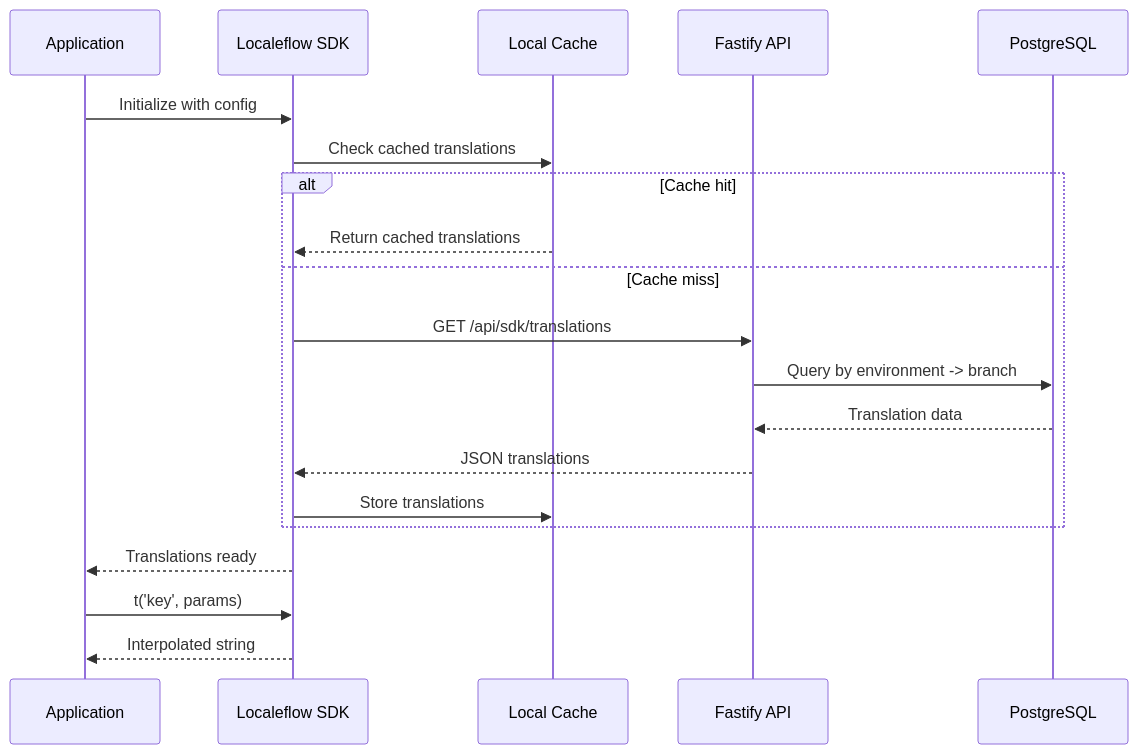
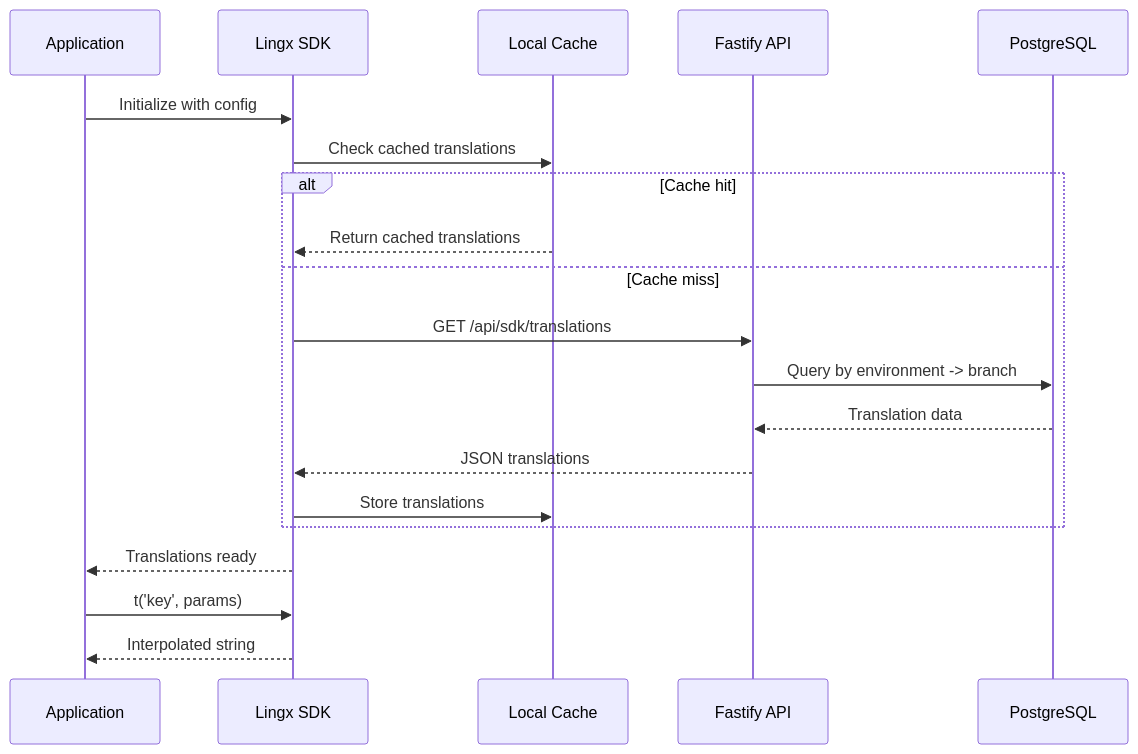
One commit to VinniZP/lingx changed the second of 8 diagrams in docs/design/DESIGN.md. Above: the diagram before and after it, drawn with Mermaid. The commit also changed other lines of this file and 322 other files, not shown here.

````diff
--- a/docs/design/DESIGN.md
+++ b/docs/design/DESIGN.md
@@ -328,23 +328,23 @@
 ```mermaid
 sequenceDiagram
     participant App as Application
-    participant SDK as Localeflow SDK
+    participant SDK as Lingx SDK
     participant Cache as Local Cache
     participant API as Fastify API
     participant DB as PostgreSQL
 
     App->>SDK: Initialize with config
     SDK->>Cache: Check cached translations
     alt Cache hit
         Cache-->>SDK: Return cached translations
     else Cache miss
         SDK->>API: GET /api/sdk/translations
         API->>DB: Query by environment -> branch
         DB-->>API: Translation data
         API-->>SDK: JSON translations
         SDK->>Cache: Store translations
     end
     SDK-->>App: Translations ready
     App->>SDK: t('key', params)
     SDK-->>App: Interpolated string
 ```
````
